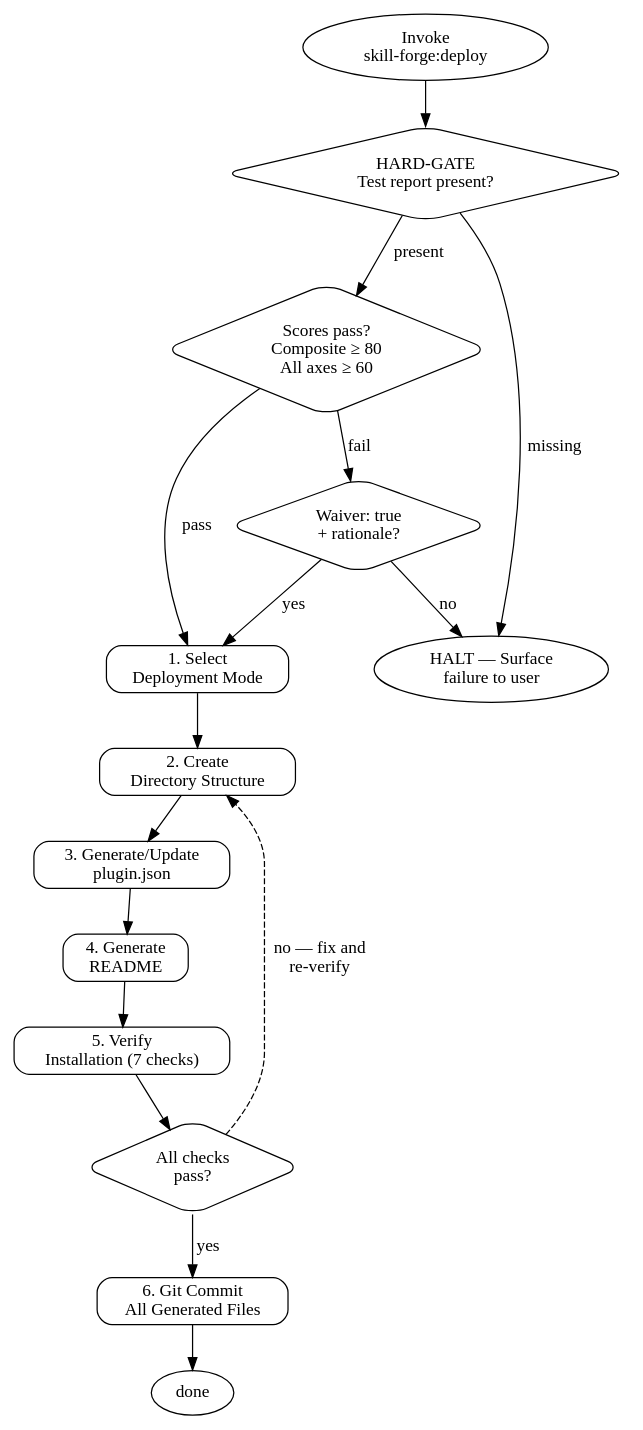
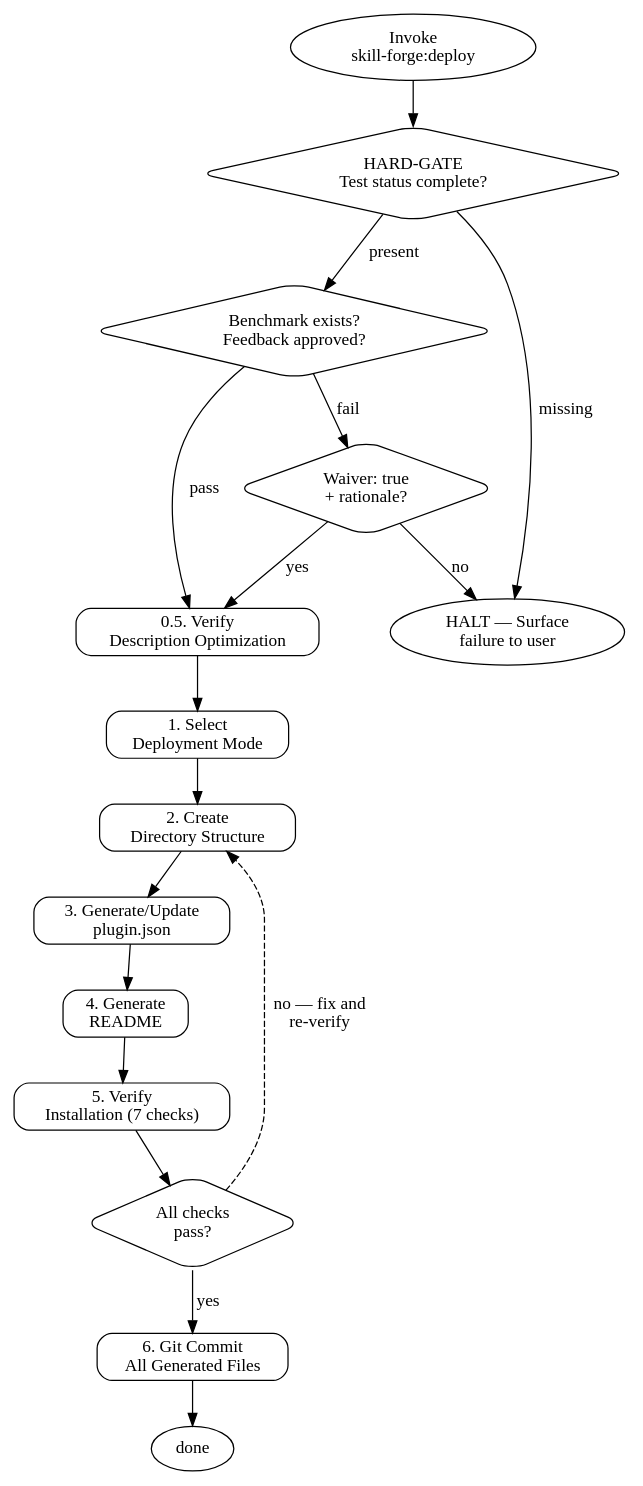
The diagram in plugins/skill-forge/skills/deploy/SKILL.md (sangyeon-bagelcode/skill-forge), drawn with Graphviz before and after one commit. The commit also changed other lines of this file and 20 other files, not shown here.

````diff
--- a/plugins/skill-forge/skills/deploy/SKILL.md
+++ b/plugins/skill-forge/skills/deploy/SKILL.md
@@ -79,36 +84,38 @@
 ```graphviz
 digraph deploy_skill {
   rankdir=TB;
   node [shape=box style=rounded];
 
   START    [label="Invoke\nskill-forge:deploy" shape=oval];
-  GATE     [label="HARD-GATE\nTest report present?" shape=diamond];
-  SCORES   [label="Scores pass?\nComposite ≥ 80\nAll axes ≥ 60" shape=diamond];
+  GATE     [label="HARD-GATE\nTest status complete?" shape=diamond];
+  SCORES   [label="Benchmark exists?\nFeedback approved?" shape=diamond];
   WAIVER   [label="Waiver: true\n+ rationale?" shape=diamond];
   HALT     [label="HALT — Surface\nfailure to user" shape=oval];
+  DESC     [label="0.5. Verify\nDescription Optimization"];
   MODE     [label="1. Select\nDeployment Mode"];
   STRUCT   [label="2. Create\nDirectory Structure"];
   PLUGIN   [label="3. Generate/Update\nplugin.json"];
   README   [label="4. Generate\nREADME"];
   VERIFY   [label="5. Verify\nInstallation (7 checks)"];
   PASS     [label="All checks\npass?" shape=diamond];
   COMMIT   [label="6. Git Commit\nAll Generated Files"];
   END      [label="done" shape=oval];
 
   START  -> GATE;
   GATE   -> SCORES  [label="present"];
   GATE   -> HALT    [label="missing"];
-  SCORES -> MODE    [label="pass"];
+  SCORES -> DESC    [label="pass"];
   SCORES -> WAIVER  [label="fail"];
-  WAIVER -> MODE    [label="yes"];
+  WAIVER -> DESC    [label="yes"];
   WAIVER -> HALT    [label="no"];
+  DESC   -> MODE;
   MODE   -> STRUCT;
   STRUCT -> PLUGIN;
   PLUGIN -> README;
   README -> VERIFY;
   VERIFY -> PASS;
   PASS   -> COMMIT  [label="yes"];
   PASS   -> STRUCT  [label="no — fix and\nre-verify" style=dashed];
   COMMIT -> END;
 }
 ```
````
